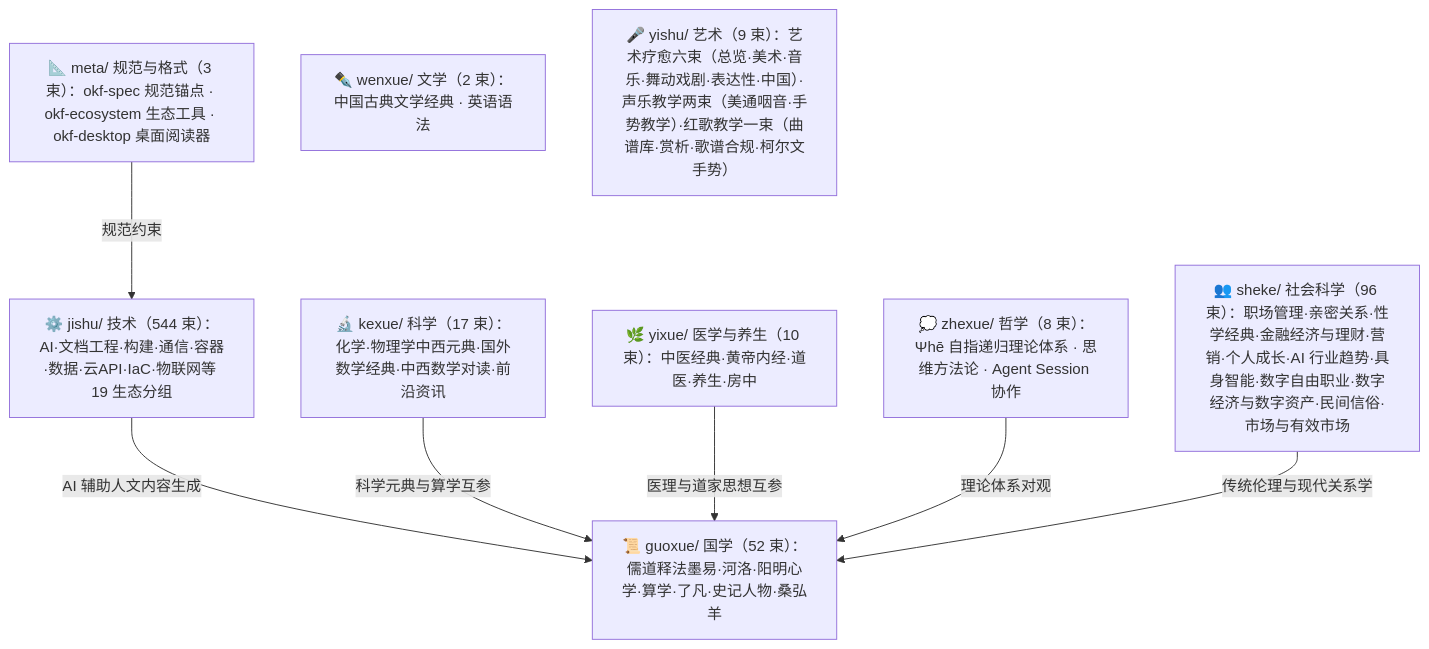
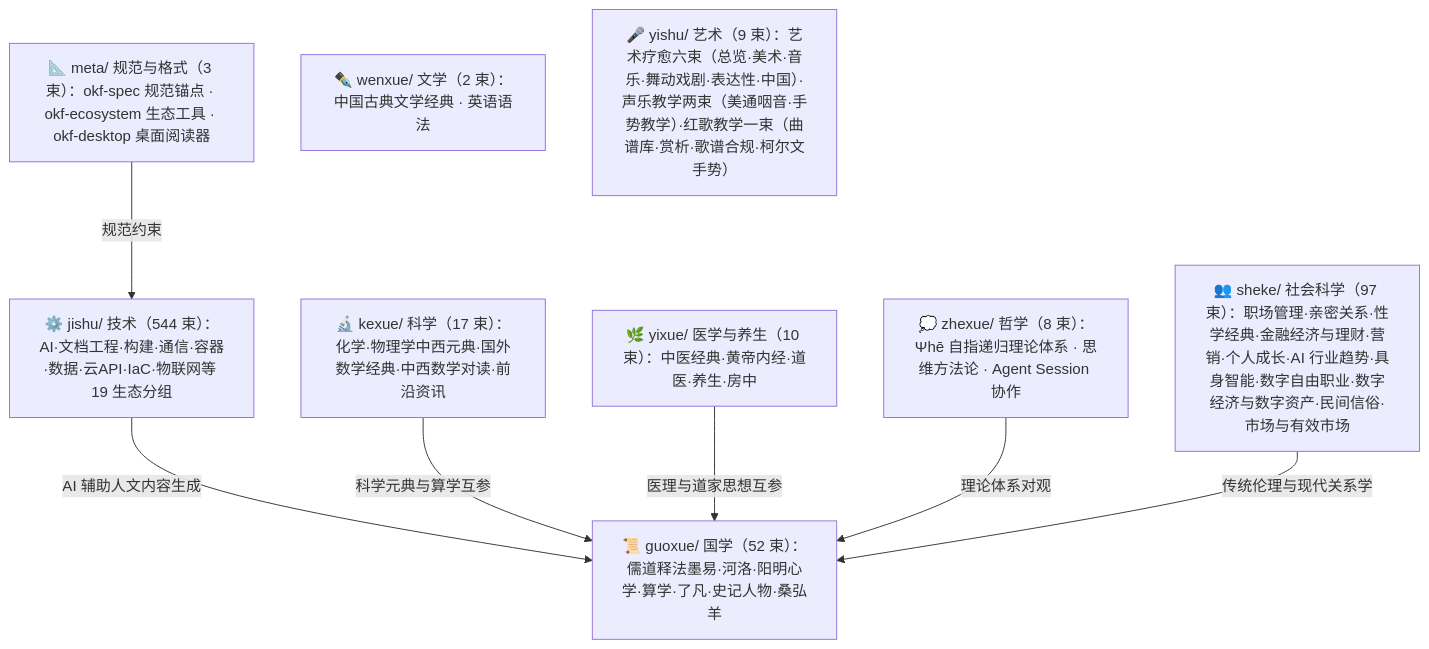
Before and after one commit to awesome-flexloop/awesome-okf: the diagram in doc/bundles/index.md, drawn with Mermaid. The commit also changed other lines of this file and 19 other files, not shown here.

````diff
--- a/doc/bundles/index.md
+++ b/doc/bundles/index.md
@@ -21,18 +21,18 @@
 ```mermaid
 flowchart TD
     meta["📐 meta/ 规范与格式（3 束）：okf-spec 规范锚点 · okf-ecosystem 生态工具 · okf-desktop 桌面阅读器"]
     guoxue["📜 guoxue/ 国学（52 束）：儒道释法墨易·河洛·阳明心学·算学·了凡·史记人物·桑弘羊"]
     zhexue["💭 zhexue/ 哲学（8 束）：Ψhē 自指递归理论体系 · 思维方法论 · Agent Session 协作"]
     kexue["🔬 kexue/ 科学（17 束）：化学·物理学中西元典·国外数学经典·中西数学对读·前沿资讯"]
     wenxue["✒️ wenxue/ 文学（2 束）：中国古典文学经典 · 英语语法"]
     yixue["🌿 yixue/ 医学与养生（10 束）：中医经典·黄帝内经·道医·养生·房中"]
-    sheke["👥 sheke/ 社会科学（96 束）：职场管理·亲密关系·性学经典·金融经济与理财·营销·个人成长·AI 行业趋势·具身智能·数字自由职业·数字经济与数字资产·民间信俗·市场与有效市场"]
+    sheke["👥 sheke/ 社会科学（97 束）：职场管理·亲密关系·性学经典·金融经济与理财·营销·个人成长·AI 行业趋势·具身智能·数字自由职业·数字经济与数字资产·民间信俗·市场与有效市场"]
     yishu["🎤 yishu/ 艺术（9 束）：艺术疗愈六束（总览·美术·音乐·舞动戏剧·表达性·中国）·声乐教学两束（美通咽音·手势教学）·红歌教学一束（曲谱库·赏析·歌谱合规·柯尔文手势）"]
     jishu["⚙️ jishu/ 技术（544 束）：AI·文档工程·构建·通信·容器·数据·云API·IaC·物联网等 19 生态分组"]
     meta -->|"规范约束"| jishu
     jishu -->|"AI 辅助人文内容生成"| guoxue
     kexue -->|"科学元典与算学互参"| guoxue
     yixue -->|"医理与道家思想互参"| guoxue
     zhexue -->|"理论体系对观"| guoxue
     sheke -->|"传统伦理与现代关系学"| guoxue
 ```
````
